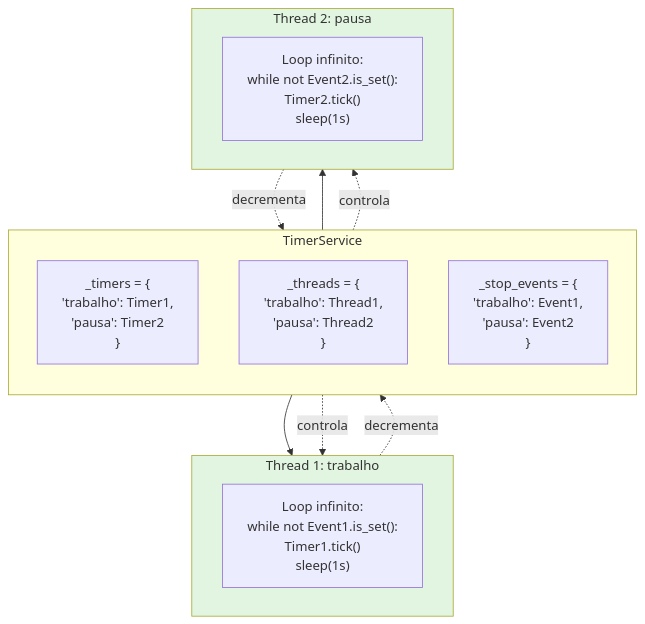
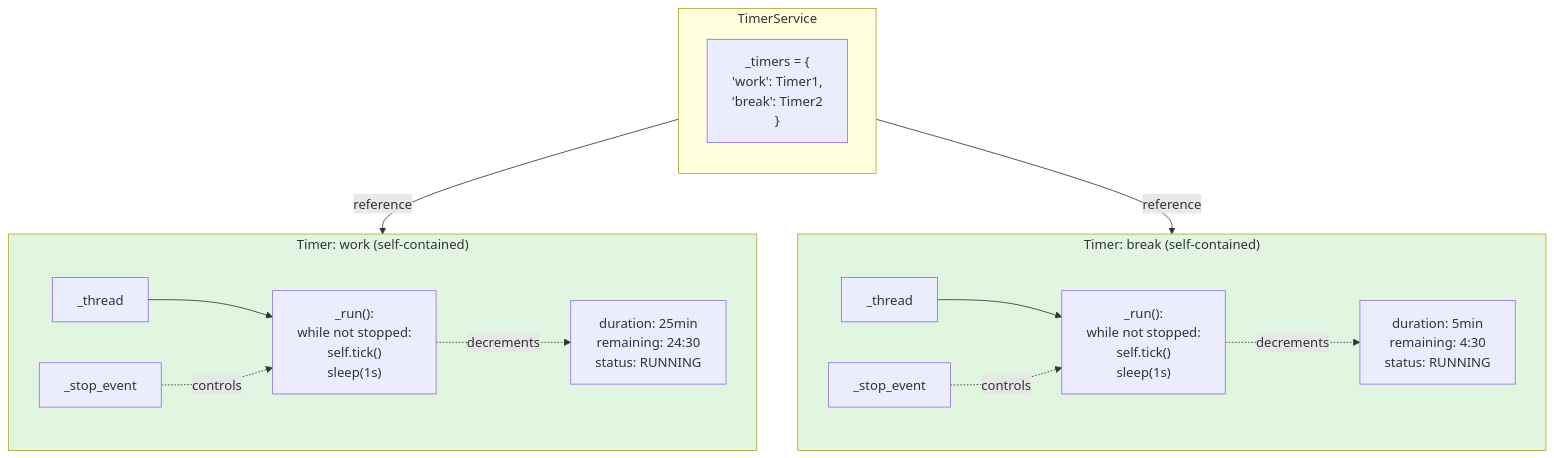
The second of 4 diagrams in README.md (frbelotto/FreeTimerAlert), drawn with Mermaid before and after one commit. The commit also changed other lines of this file and 10 other files, not shown here.

````diff
--- a/README.md
+++ b/README.md
@@ -160,29 +208,35 @@
 ```mermaid
 graph TB
     subgraph TS["TimerService"]
         direction TB
-        TM["_timers = {<br/>'trabalho': Timer1,<br/>'pausa': Timer2<br/>}"]
-        TH["_threads = {<br/>'trabalho': Thread1,<br/>'pausa': Thread2<br/>}"]
-        EV["_stop_events = {<br/>'trabalho': Event1,<br/>'pausa': Event2<br/>}"]
+        TM["_timers = {<br/>'work': Timer1,<br/>'break': Timer2<br/>}"]
     end
     
-    subgraph Thread1["Thread 1: trabalho"]
-        L1["Loop infinito:<br/>while not Event1.is_set():<br/>  Timer1.tick()<br/>  sleep(1s)"]
+    subgraph Timer1["Timer: work (self-contained)"]
+        T1D["duration: 25min<br/>remaining: 24:30<br/>status: RUNNING"]
+        T1TH["_thread"]
+        T1EV["_stop_event"]
+        T1L["_run():<br/>while not stopped:<br/>  self.tick()<br/>  sleep(1s)"]
+        
+        T1TH --> T1L
+        T1EV -.->|controls| T1L
+        T1L -.->|decrements| T1D
     end
     
-    subgraph Thread2["Thread 2: pausa"]
-        L2["Loop infinito:<br/>while not Event2.is_set():<br/>  Timer2.tick()<br/>  sleep(1s)"]
+    subgraph Timer2["Timer: break (self-contained)"]
+        T2D["duration: 5min<br/>remaining: 4:30<br/>status: RUNNING"]
+        T2TH["_thread"]
+        T2EV["_stop_event"]
+        T2L["_run():<br/>while not stopped:<br/>  self.tick()<br/>  sleep(1s)"]
+        
+        T2TH --> T2L
+        T2EV -.->|controls| T2L
+        T2L -.->|decrements| T2D
     end
     
-    TH --> Thread1
-    TH --> Thread2
+    TM -->|reference| Timer1
+    TM -->|reference| Timer2
     
-    Thread1 -.->|decrementa| TM
-    Thread2 -.->|decrementa| TM
-    
-    EV -.->|controla| Thread1
-    EV -.->|controla| Thread2
-    
-    style Thread1 fill:#e1f5e1
-    style Thread2 fill:#e1f5e1
+    style Timer1 fill:#e1f5e1
+    style Timer2 fill:#e1f5e1
 ```
````
